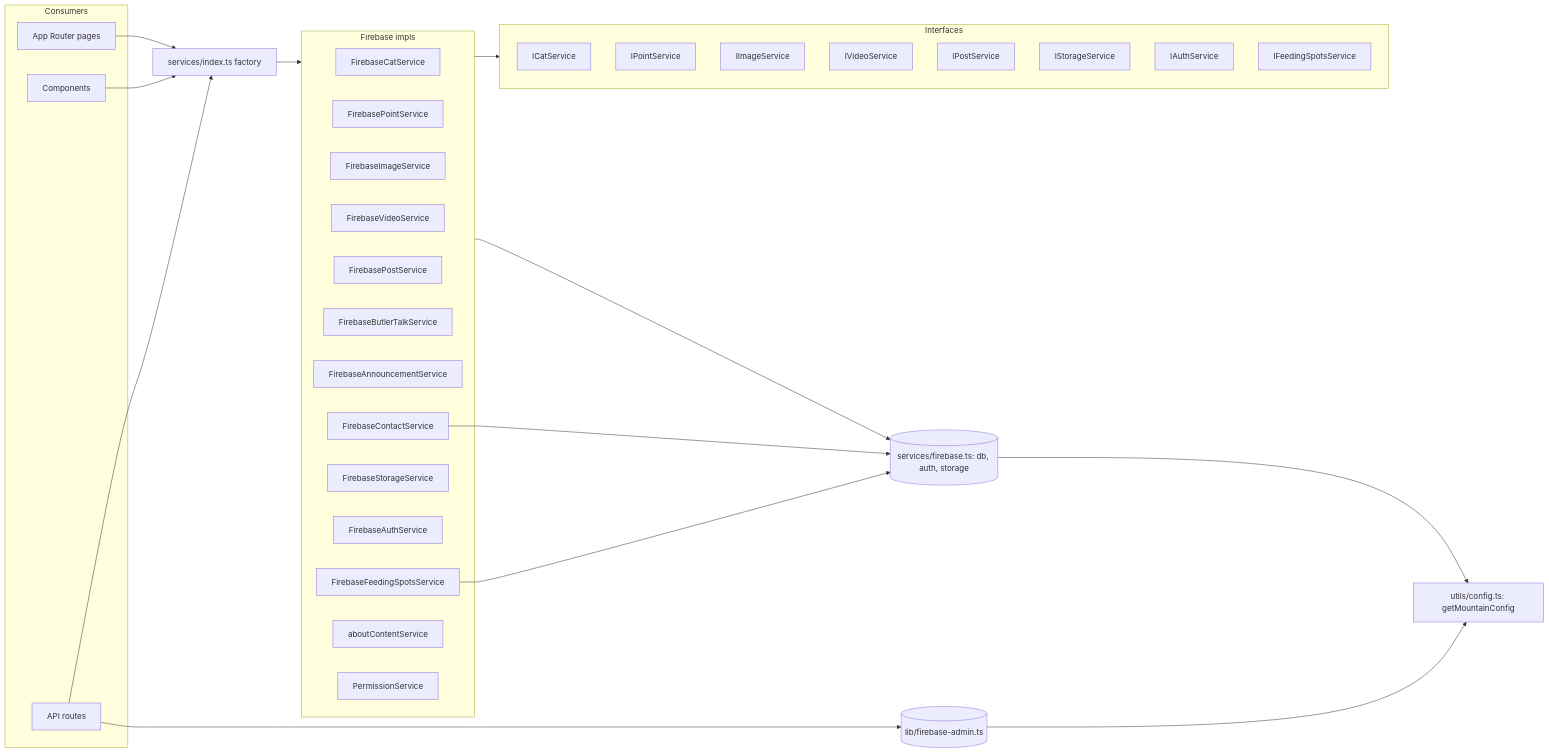
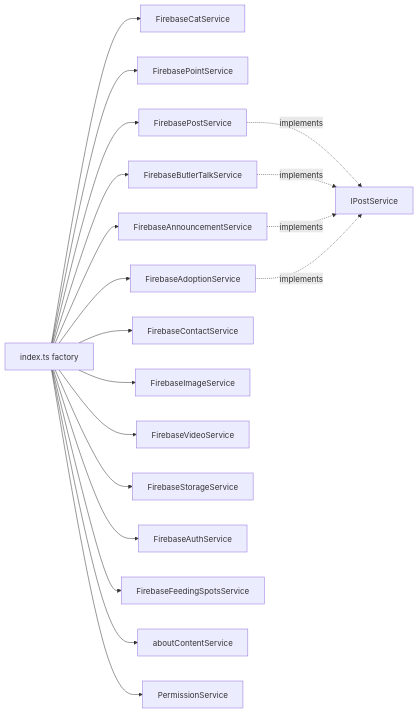
Before and after one commit to wwolfyy/mohocat: the second of 2 diagrams in docs/codebase/services-layer.md, drawn with Mermaid. The commit also changed other lines of this file and 12 other files, not shown here.

````diff
--- a/docs/codebase/services-layer.md
+++ b/docs/codebase/services-layer.md
@@ -80,53 +45,21 @@
 ```mermaid
 graph LR
-    subgraph Consumers
-        Pages[App Router pages]
-        Components[Components]
-        ApiRoutes[API routes]
-    end
-
-    Factory[services/index.ts factory]
-
-    subgraph Interfaces
-        IC[ICatService]
-        IP[IPointService]
-        II[IImageService]
-        IV[IVideoService]
-        IPo[IPostService]
-        IS[IStorageService]
-        IA[IAuthService]
-        IFS[IFeedingSpotsService]
-    end
-
-    subgraph Impls[Firebase impls]
-        FC[FirebaseCatService]
-        FP[FirebasePointService]
-        FI[FirebaseImageService]
-        FV[FirebaseVideoService]
-        FPo[FirebasePostService]
-        FBT[FirebaseButlerTalkService]
-        FA[FirebaseAnnouncementService]
-        FCo[FirebaseContactService]
-        FS[FirebaseStorageService]
-        FAu[FirebaseAuthService]
-        FFS[FirebaseFeedingSpotsService]
-        AC[aboutContentService]
-        PS[PermissionService]
-    end
-
-    FbClient[(services/firebase.ts: db, auth, storage)]
-    FbAdmin[(lib/firebase-admin.ts)]
-    Config[utils/config.ts: getMountainConfig]
-
-    Pages --> Factory
-    Components --> Factory
-    ApiRoutes --> Factory
-    Factory --> Impls
-    Impls --> Interfaces
-    Impls --> FbClient
-    FCo --> FbClient
-    FFS --> FbClient
-    FbClient --> Config
-    FbAdmin --> Config
-    ApiRoutes --> FbAdmin
+    Index[index.ts factory] --> Cat[FirebaseCatService]
+    Index --> Point[FirebasePointService]
+    Index --> Post[FirebasePostService]
+    Index --> Butler[FirebaseButlerTalkService]
+    Index --> Announce[FirebaseAnnouncementService]
+    Index --> Adoption[FirebaseAdoptionService]
+    Index --> Contact[FirebaseContactService]
+    Index --> Image[FirebaseImageService]
+    Index --> Video[FirebaseVideoService]
+    Index --> Storage[FirebaseStorageService]
+    Index --> Auth[FirebaseAuthService]
+    Index --> Feeding[FirebaseFeedingSpotsService]
+    Index --> About[aboutContentService]
+    Index --> Perm[PermissionService]
+    Post -.implements.-> IPost[IPostService]
+    Butler -.implements.-> IPost
+    Announce -.implements.-> IPost
+    Adoption -.implements.-> IPost
 ```
````
